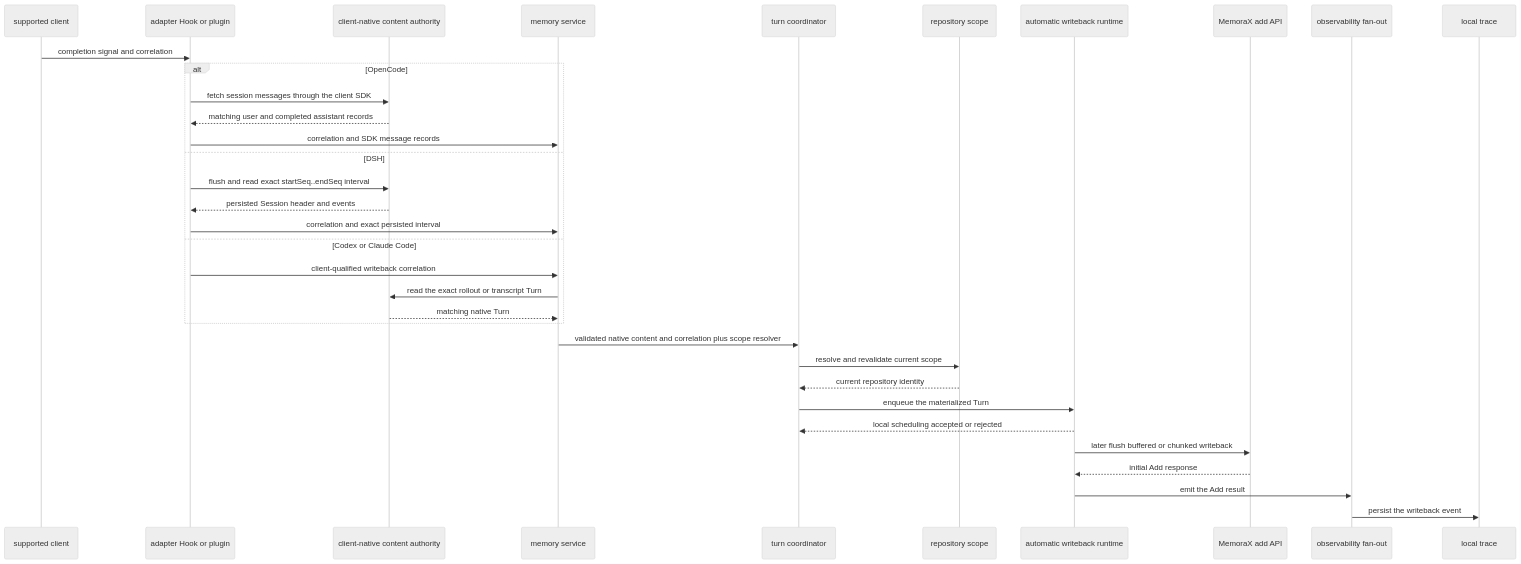
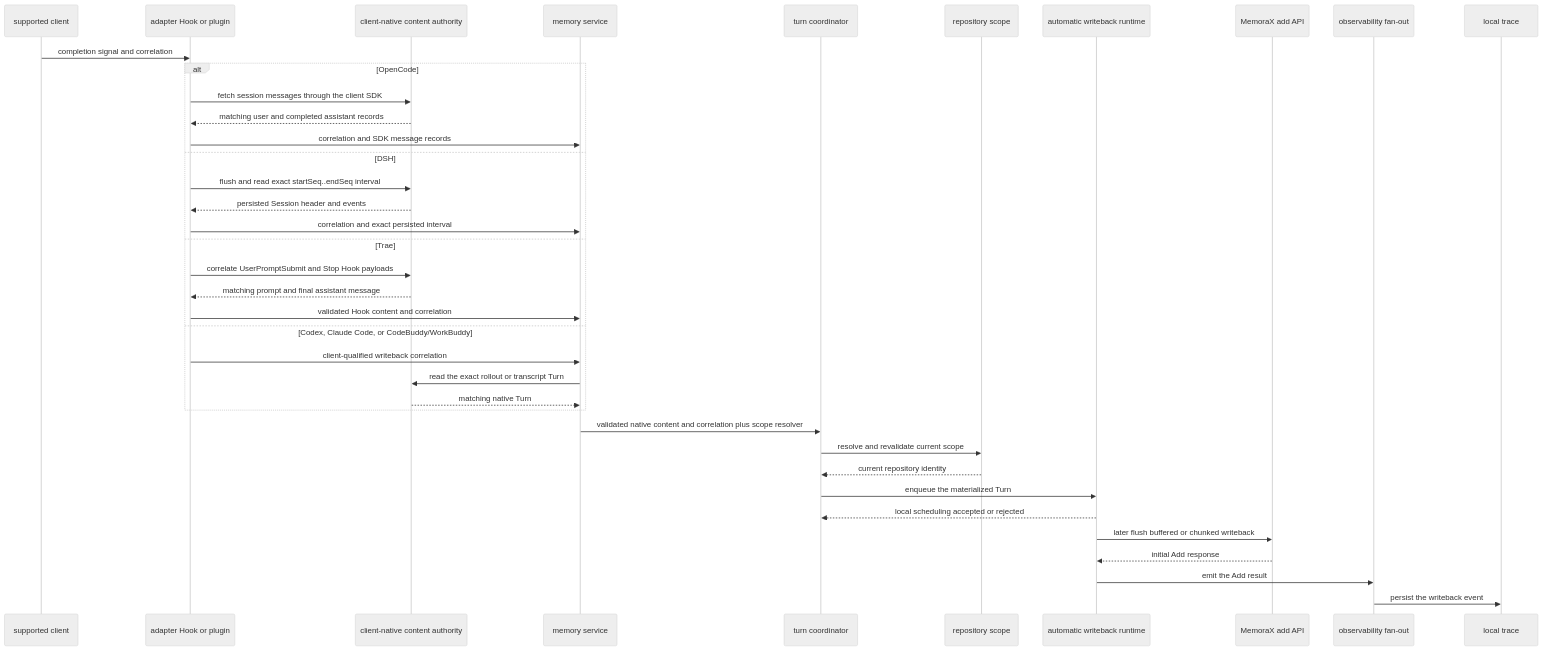
One commit to memorax-ai/memorax-code changed the fourth of 6 diagrams in ARCHITECTURE.md. Above: the diagram before and after it, drawn with Mermaid (neutral theme). The commit also changed other lines of this file and 16 other files, not shown here.

Commit message:
feat:(backend) add Trae Hook memory runtime

````diff
--- a/ARCHITECTURE.md
+++ b/ARCHITECTURE.md
@@ -388,37 +397,41 @@
 ```mermaid
 sequenceDiagram
   participant Client as supported client
   participant Integration as adapter Hook or plugin
   participant Authority as client-native content authority
   participant Service as memory service
   participant Coordinator as turn coordinator
   participant Scope as repository scope
   participant Runtime as automatic writeback runtime
   participant Provider as MemoraX add API
   participant Obs as observability fan-out
   participant Trace as local trace
 
   Client->>Integration: completion signal and correlation
   alt OpenCode
     Integration->>Authority: fetch session messages through the client SDK
     Authority-->>Integration: matching user and completed assistant records
     Integration->>Service: correlation and SDK message records
   else DSH
     Integration->>Authority: flush and read exact startSeq..endSeq interval
     Authority-->>Integration: persisted Session header and events
     Integration->>Service: correlation and exact persisted interval
-  else Codex or Claude Code
+  else Trae
+    Integration->>Authority: correlate UserPromptSubmit and Stop Hook payloads
+    Authority-->>Integration: matching prompt and final assistant message
+    Integration->>Service: validated Hook content and correlation
+  else Codex, Claude Code, or CodeBuddy/WorkBuddy
     Integration->>Service: client-qualified writeback correlation
     Service->>Authority: read the exact rollout or transcript Turn
     Authority-->>Service: matching native Turn
   end
   Service->>Coordinator: validated native content and correlation plus scope resolver
   Coordinator->>Scope: resolve and revalidate current scope
   Scope-->>Coordinator: current repository identity
   Coordinator->>Runtime: enqueue the materialized Turn
   Runtime-->>Coordinator: local scheduling accepted or rejected
   Runtime->>Provider: later flush buffered or chunked writeback
   Provider-->>Runtime: initial Add response
   Runtime->>Obs: emit the Add result
   Obs->>Trace: persist the writeback event
 ```
````
